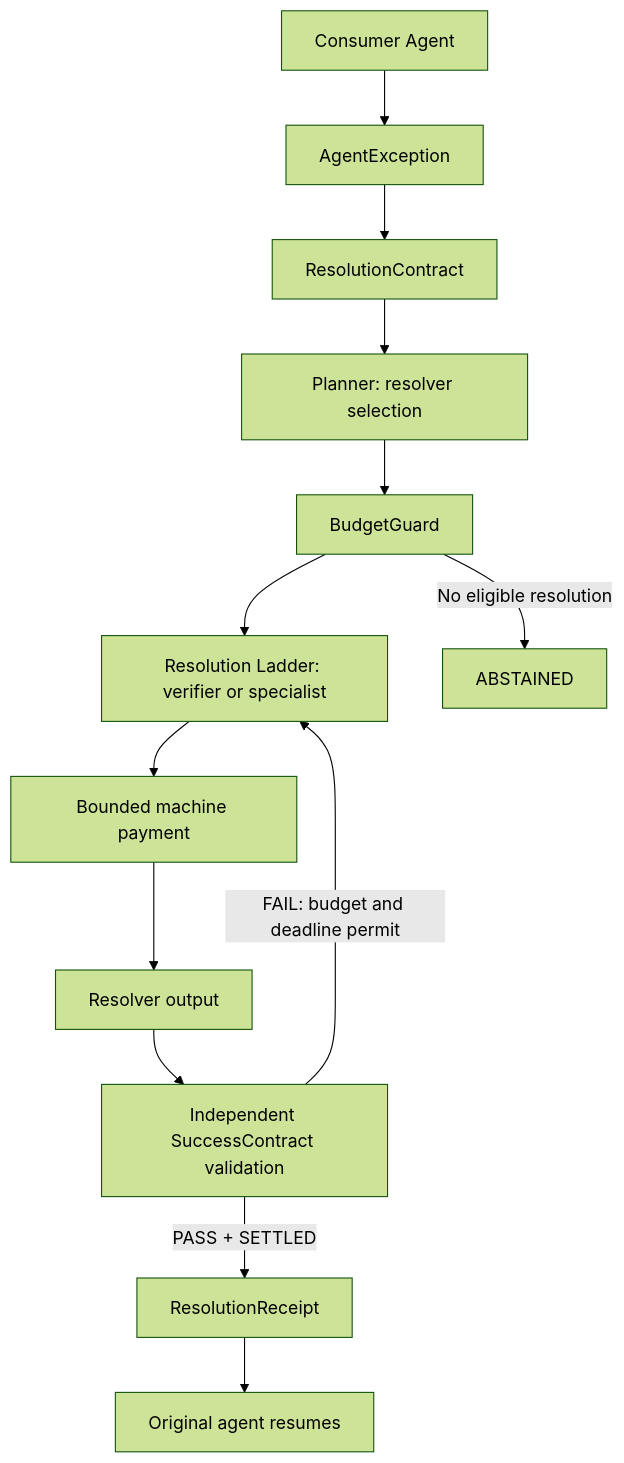
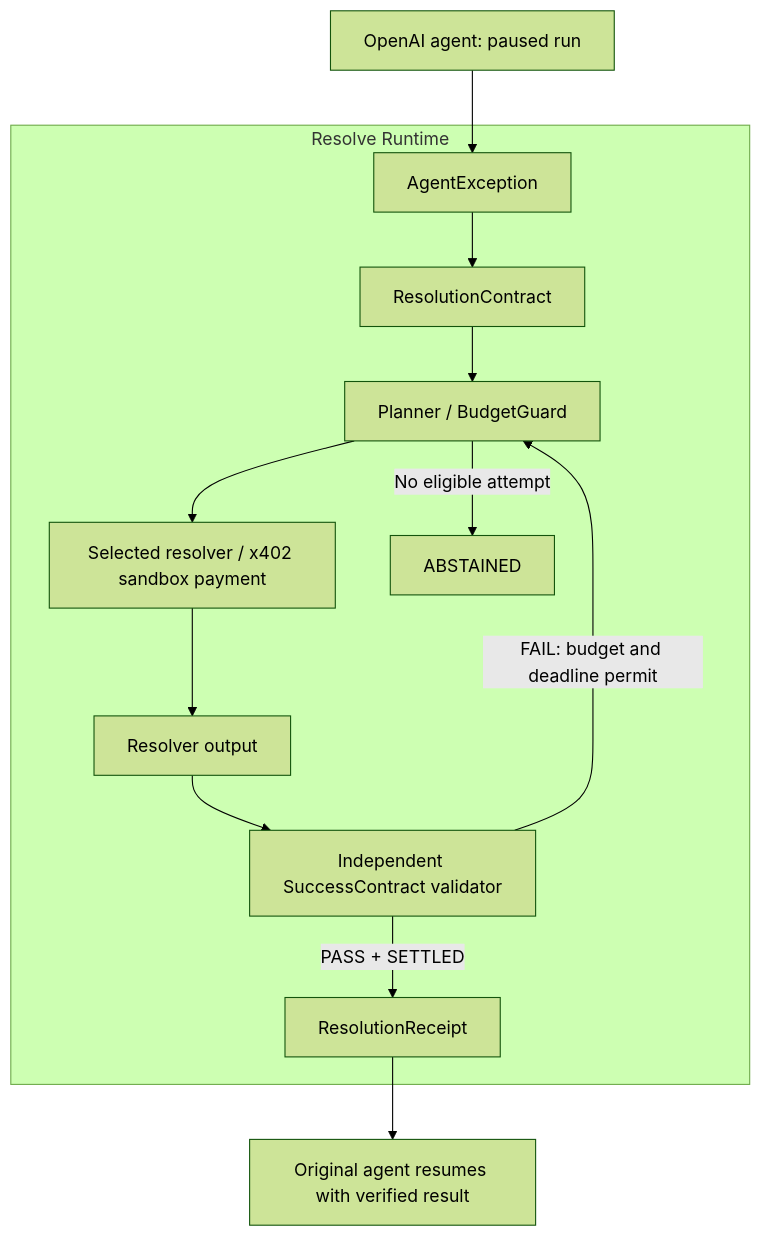
One commit to ikrrispatel/resolve changed the diagram in README.md. Above: the diagram before and after it, drawn with Mermaid (forest theme). The commit also changed other lines of this file and 4 other files, not shown here.

````diff
--- a/README.md
+++ b/README.md
@@ -84,15 +72,15 @@
 ```mermaid
 flowchart TD
-    A[Consumer Agent] --> B[AgentException]
-    B --> C[ResolutionContract]
-    C --> D[Planner: resolver selection]
-    D --> E[BudgetGuard]
-    E --> F[Resolution Ladder: verifier or specialist]
-    F --> G[Bounded machine payment]
-    G --> H[Resolver output]
-    H --> I[Independent SuccessContract validation]
-    I -->|FAIL: budget and deadline permit| F
-    I -->|PASS + SETTLED| J[ResolutionReceipt]
-    J --> K[Original agent resumes]
-    E -->|No eligible resolution| L[ABSTAINED]
+    A[OpenAI agent: paused run] --> B[AgentException]
+    subgraph Resolve Runtime
+        B --> C[ResolutionContract]
+        C --> D[Planner / BudgetGuard]
+        D --> E[Selected resolver / x402 sandbox payment]
+        E --> F[Resolver output]
+        F --> G[Independent SuccessContract validator]
+        G -->|FAIL: budget and deadline permit| D
+        G -->|PASS + SETTLED| H[ResolutionReceipt]
+        D -->|No eligible attempt| I[ABSTAINED]
+    end
+    H --> J[Original agent resumes with verified result]
 ```
````
